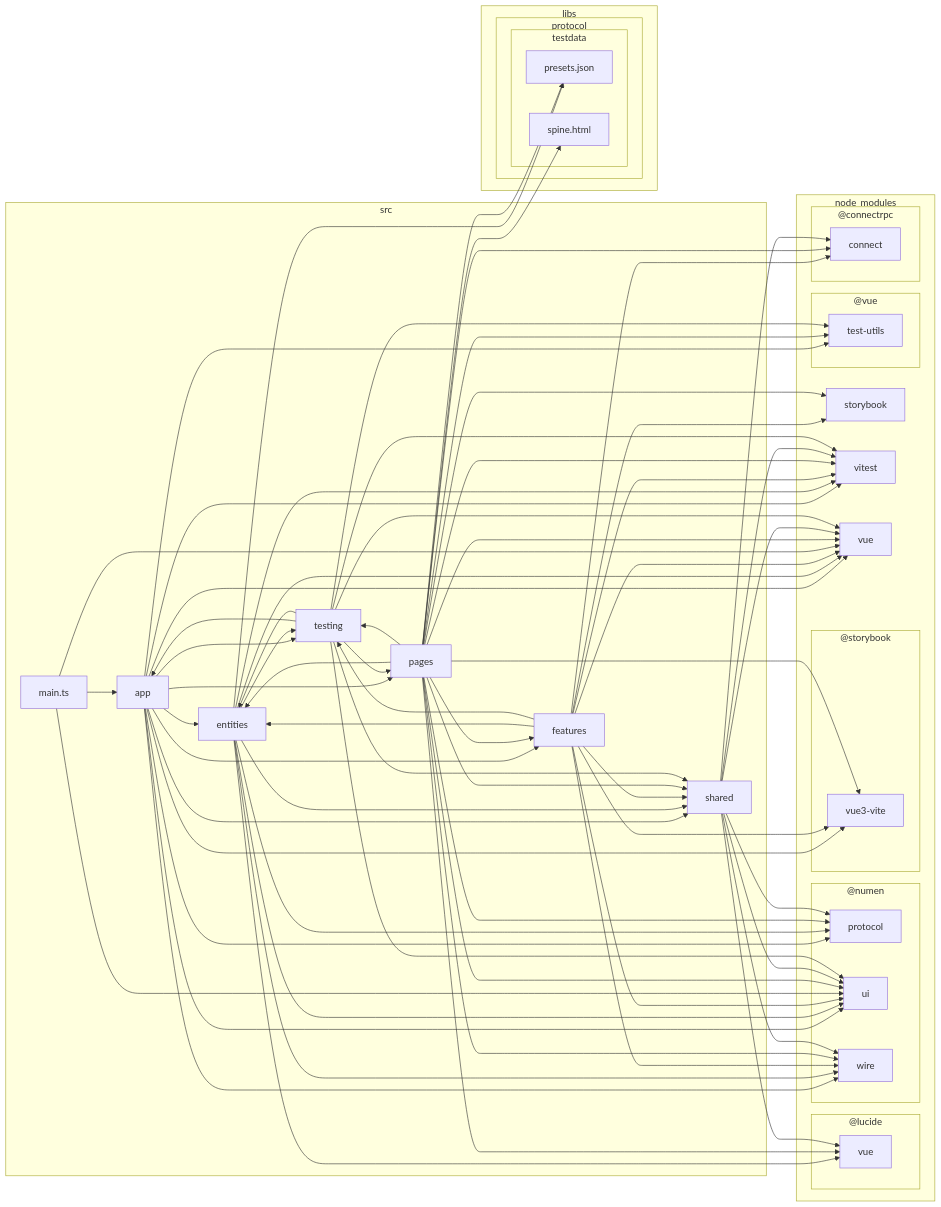
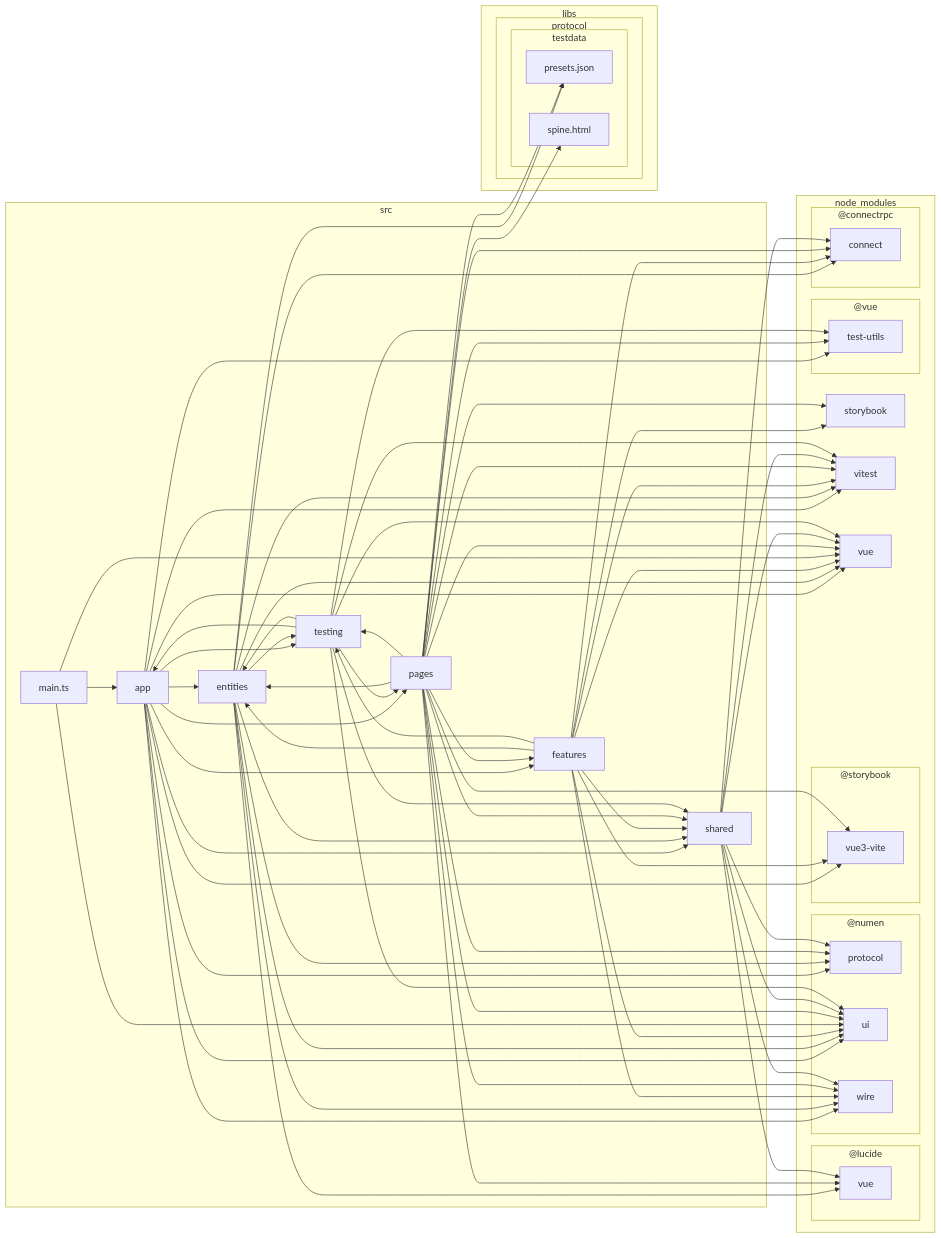
The third of 5 diagrams in docs/dependencies.md (jiva-studio/numen), drawn with Mermaid before and after one commit. The commit also changed other lines of this file and 6 other files, not shown here.

```diff
--- a/docs/dependencies.md
+++ b/docs/dependencies.md
@@ -226,6 +226,7 @@
 P-->U
 P-->V
 Q-->6
+Q-->A
 Q-->C
 Q-->E
 Q-->F
```
